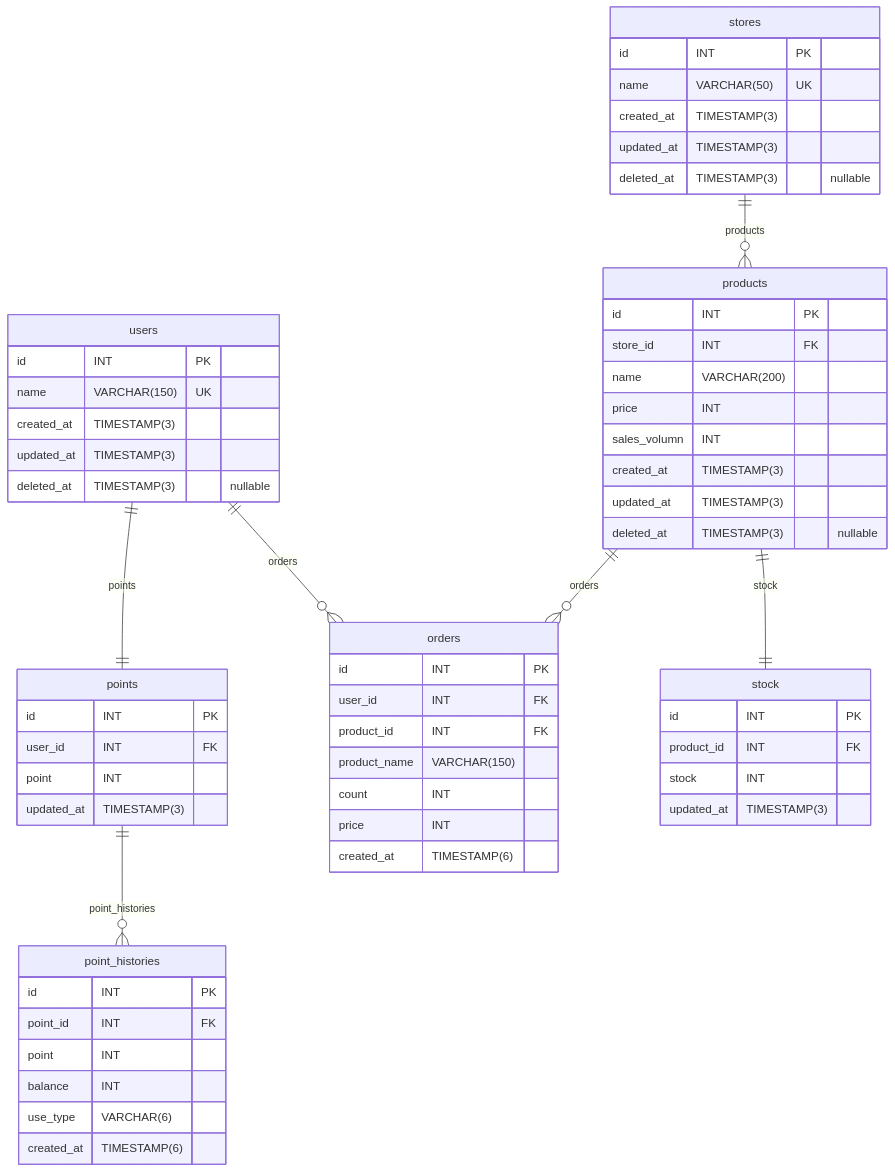
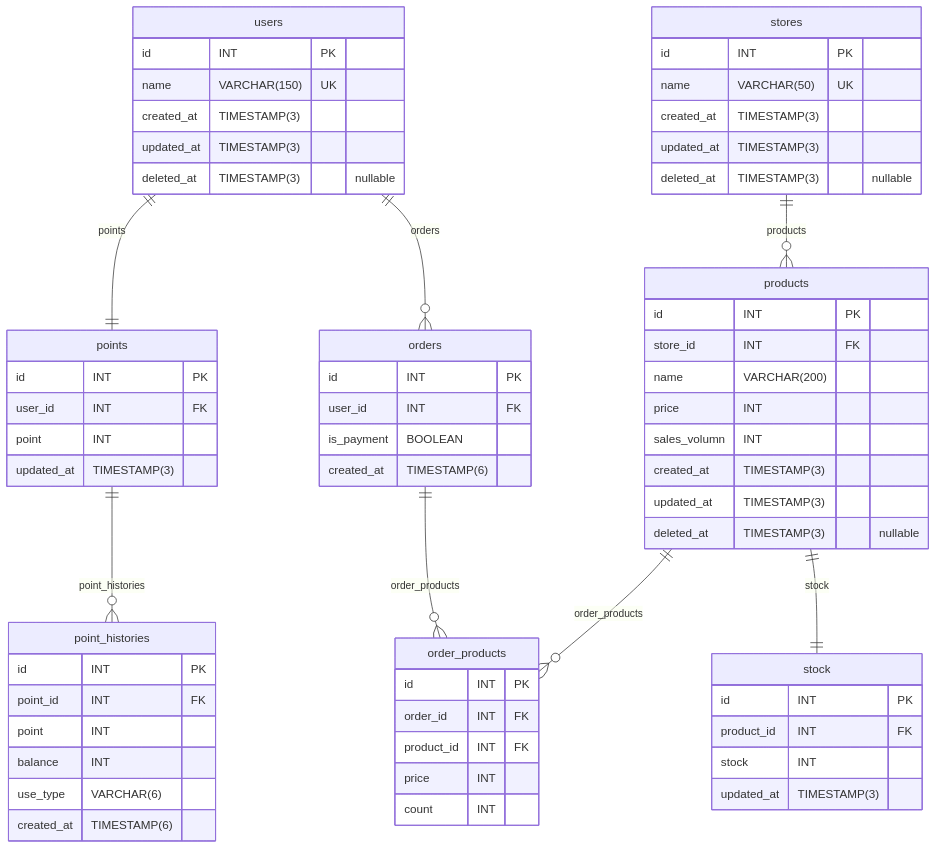
One commit to kiyoung92/nestjs-Infrastructure-report changed the sixth of 6 diagrams in README.md. Above: the diagram before and after it, drawn with Mermaid. The commit also changed other lines of this file, not shown here.

Commit message:
docs: erd 수정

````diff
--- a/README.md
+++ b/README.md
@@ -155,69 +159,75 @@
 ```mermaid
 erDiagram
 "users" {
   id INT PK
   name VARCHAR(150) UK
-  created_at TIMESTAMP(3) 
+  created_at TIMESTAMP(3)
   updated_at TIMESTAMP(3)
   deleted_at TIMESTAMP(3) "nullable"
 }
 
 "points" {
   id INT PK
   user_id INT FK
   point INT
   updated_at TIMESTAMP(3)
 }
 
 "point_histories" {
   id INT PK
   point_id INT FK
   point INT
   balance INT
   use_type VARCHAR(6)
   created_at TIMESTAMP(6)
 }
 
 "orders" {
   id INT PK
   user_id INT FK
+  is_payment BOOLEAN
+  created_at TIMESTAMP(6)
+}
+
+"order_products" {
+  id INT PK
+  order_id INT FK
   product_id INT FK
-  product_name VARCHAR(150)
+  price INT
   count INT
-  price INT
-  created_at TIMESTAMP(6)
 }
 
 "stores" {
   id INT PK
   name VARCHAR(50) UK
   created_at TIMESTAMP(3)
   updated_at TIMESTAMP(3)
   deleted_at TIMESTAMP(3) "nullable"
 }
 
 "products" {
   id INT PK
   store_id INT FK
   name VARCHAR(200)
   price INT
   sales_volumn INT
   created_at TIMESTAMP(3)
   updated_at TIMESTAMP(3)
   deleted_at TIMESTAMP(3) "nullable"
 }
 
 "stock" {
   id INT PK
   product_id INT FK
   stock INT
   updated_at TIMESTAMP(3)
 }
 
 users ||--|| points: points
 points ||--o{ point_histories: point_histories
 users ||--o{ orders: orders
+products ||--o{ order_products: order_products
+orders ||--o{ order_products: order_products
 stores ||--o{ products: products
 products ||--|| stock: stock
-products ||--o{ orders: orders
 ```
````
